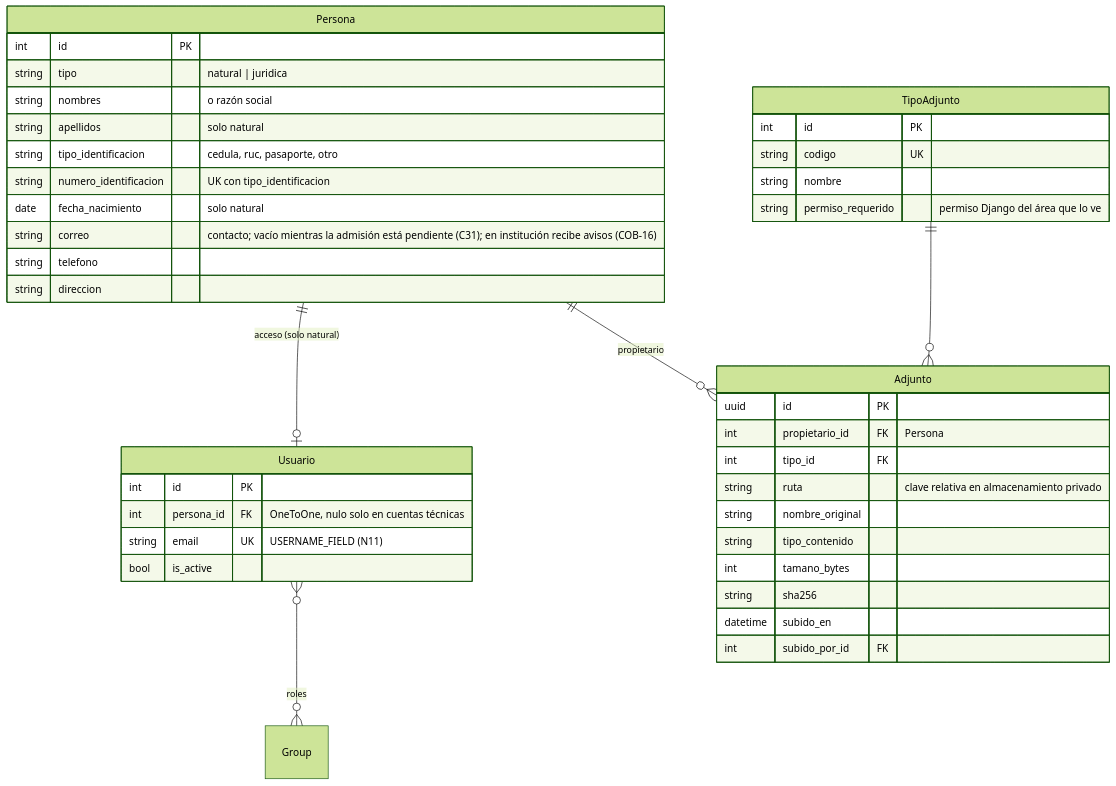
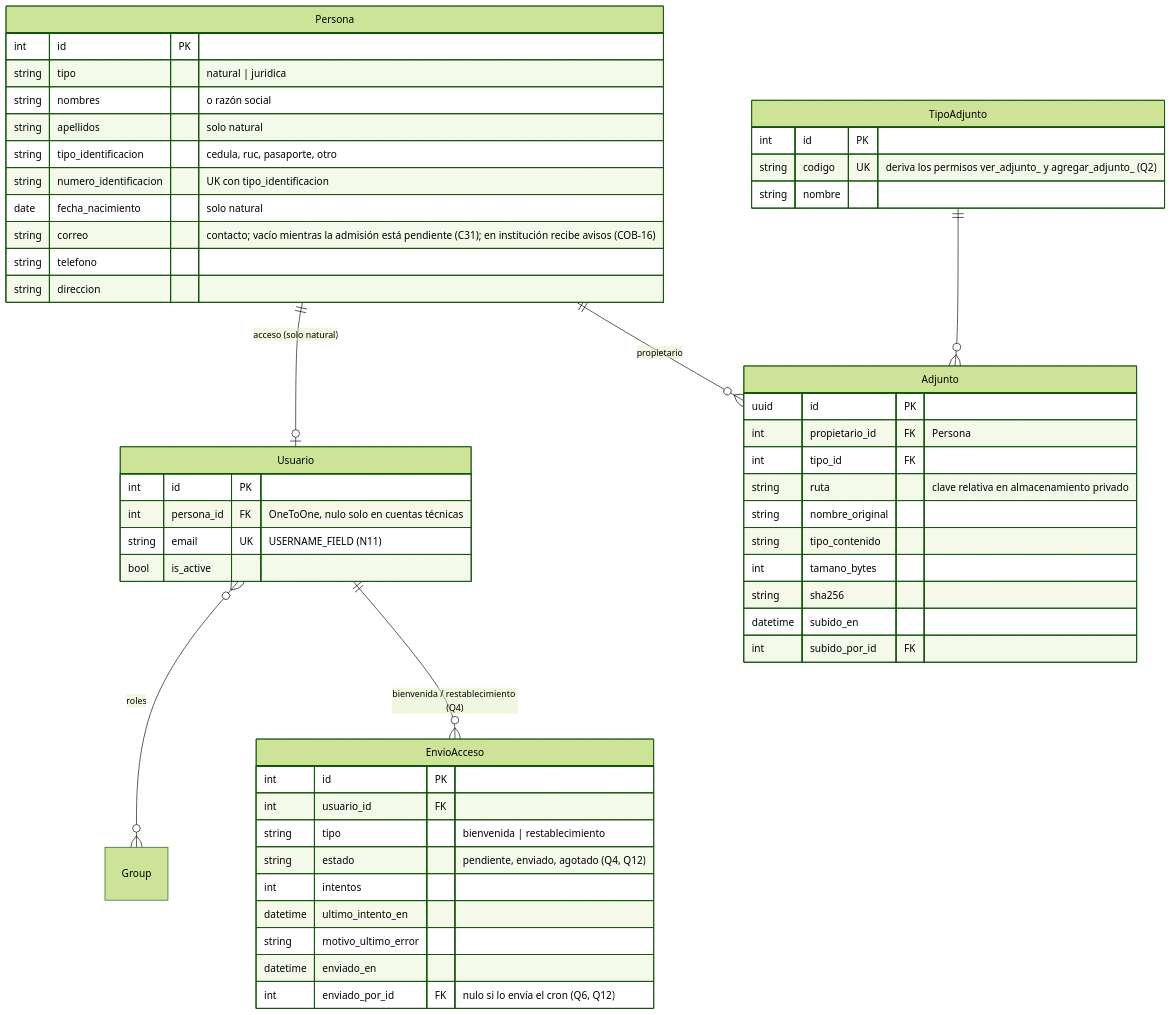
The second of 7 diagrams in .artifacts/modelo-datos-inicial.md (juanjchavez/Sebinic-gestion), drawn with Mermaid (forest theme) before and after one commit. The commit also changed other lines of this file and 1 other file, not shown here.

````diff
--- a/.artifacts/modelo-datos-inicial.md
+++ b/.artifacts/modelo-datos-inicial.md
@@ -194,43 +219,54 @@
 ```mermaid
 erDiagram
     Persona ||--o| Usuario : "acceso (solo natural)"
     Usuario }o--o{ Group : "roles"
+    Usuario ||--o{ EnvioAcceso : "bienvenida / restablecimiento (Q4)"
     Persona ||--o{ Adjunto : "propietario"
     TipoAdjunto ||--o{ Adjunto : ""
     Persona {
         int id PK
         string tipo "natural | juridica"
         string nombres "o razón social"
         string apellidos "solo natural"
         string tipo_identificacion "cedula, ruc, pasaporte, otro"
         string numero_identificacion "UK con tipo_identificacion"
         date fecha_nacimiento "solo natural"
         string correo "contacto; vacío mientras la admisión está pendiente (C31); en institución recibe avisos (COB-16)"
         string telefono
         string direccion
     }
     Usuario {
         int id PK
         int persona_id FK "OneToOne, nulo solo en cuentas técnicas"
         string email UK "USERNAME_FIELD (N11)"
         bool is_active
     }
     TipoAdjunto {
         int id PK
-        string codigo UK
+        string codigo UK "deriva los permisos ver_adjunto_<codigo> y agregar_adjunto_<codigo> (Q2)"
         string nombre
-        string permiso_requerido "permiso Django del área que lo ve"
     }
     Adjunto {
         uuid id PK
         int propietario_id FK "Persona"
         int tipo_id FK
         string ruta "clave relativa en almacenamiento privado"
         string nombre_original
         string tipo_contenido
         int tamano_bytes
         string sha256
         datetime subido_en
         int subido_por_id FK
     }
+    EnvioAcceso {
+        int id PK
+        int usuario_id FK
+        string tipo "bienvenida | restablecimiento"
+        string estado "pendiente, enviado, agotado (Q4, Q12)"
+        int intentos
+        datetime ultimo_intento_en
+        string motivo_ultimo_error
+        datetime enviado_en
+        int enviado_por_id FK "nulo si lo envía el cron (Q6, Q12)"
+    }
 ```
````
